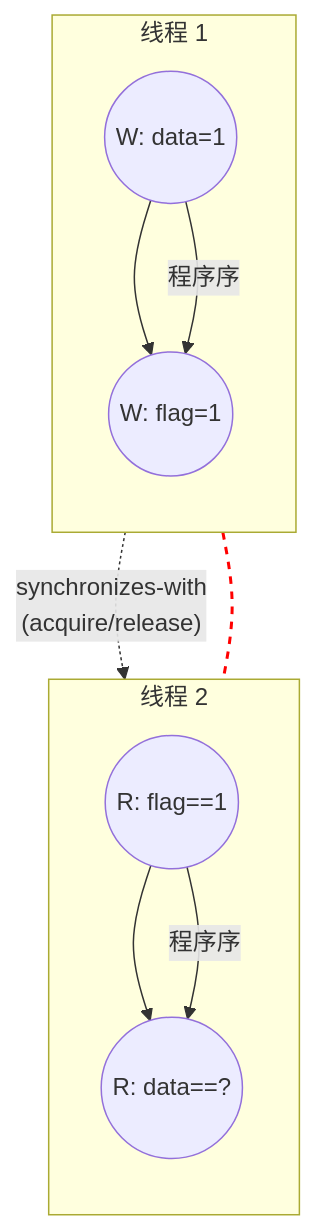
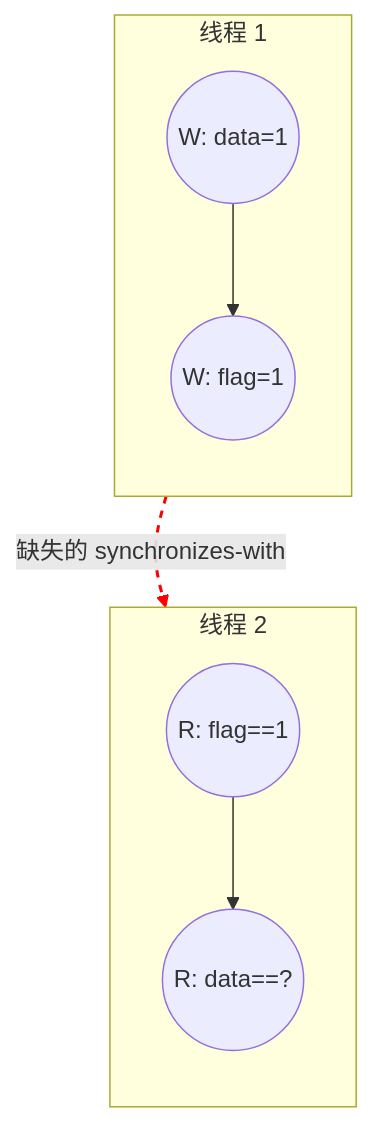
One commit to puji4810/puji4810.github.io changed the third of 3 diagrams in src/content/posts/2026-02-27-lamport-happens-before.md. Above: the diagram before and after it, drawn with Mermaid. The commit also changed other lines of this file, not shown here.

````diff
--- a/src/content/posts/2026-02-27-lamport-happens-before.md
+++ b/src/content/posts/2026-02-27-lamport-happens-before.md
@@ -125,16 +125,14 @@
 ```mermaid
 graph TD
     subgraph T1["线程 1"]
         direction TB
         w1(("W: data=1")) --> w2(("W: flag=1"))
     end
     subgraph T2["线程 2"]
         direction TB
         r1(("R: flag==1")) --> r2(("R: data==?"))
     end
-    w2 -.->|"synchronizes-with<br/>(acquire/release)"| r1
-    w1 -->|"程序序"| w2
-    r1 -->|"程序序"| r2
+    w2 -.->|"缺失的 synchronizes-with"| r1
     w1 ~~~ r2
-    linkStyle 5 stroke:red,stroke-width:2px,stroke-dasharray:5
+    linkStyle 2 stroke:red,stroke-width:2px,stroke-dasharray:5
 ```
````
